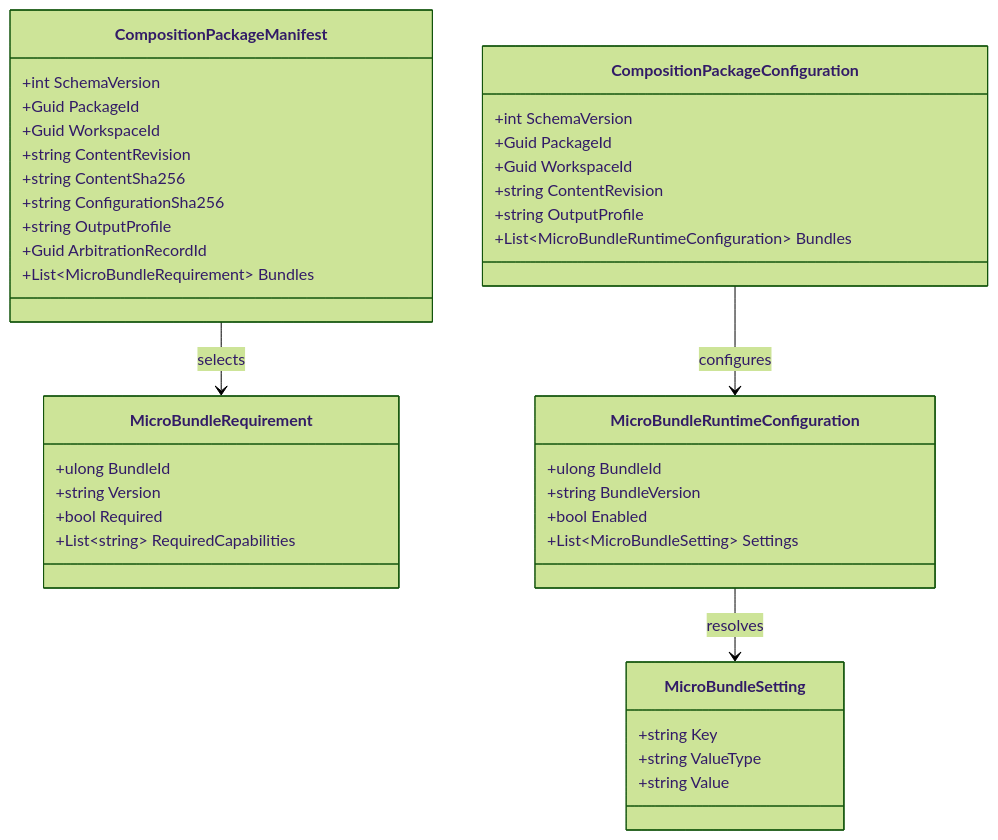
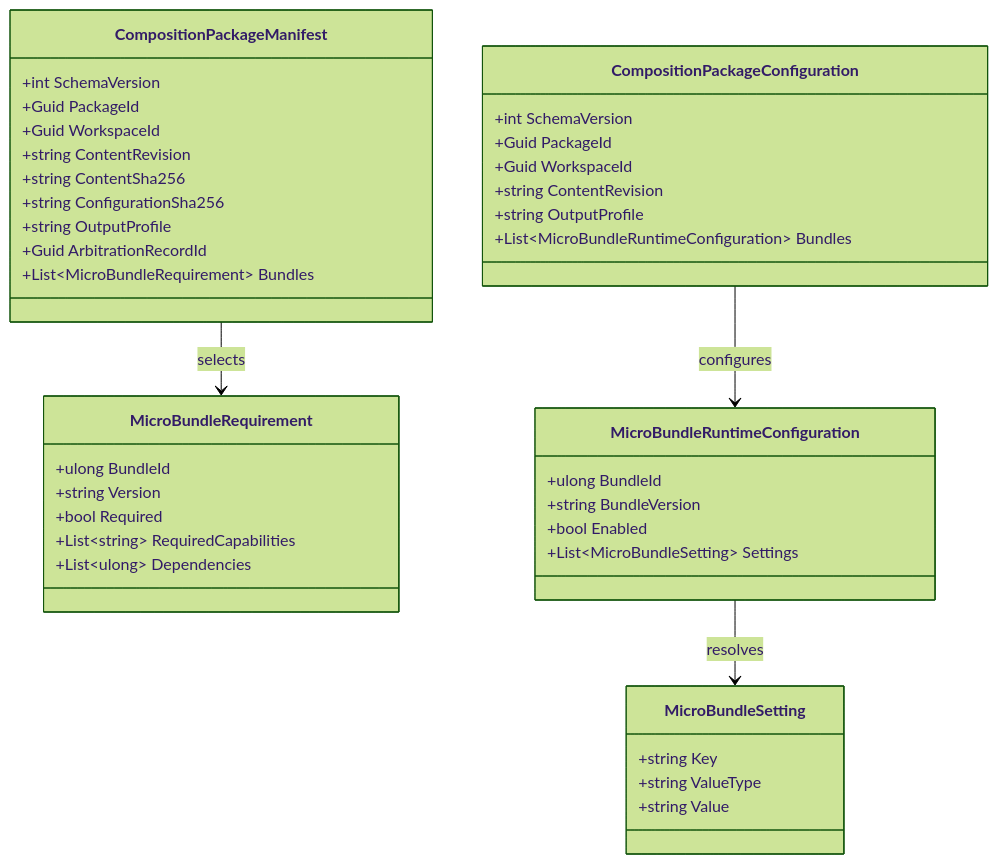
Before and after one commit to TrentBest/StoryBuilder: the diagram in docs/UML/CompositionPackageContractsUML.md, drawn with Mermaid (forest theme). The commit also changed 6 other files, not shown here.

````diff
--- a/docs/UML/CompositionPackageContractsUML.md
+++ b/docs/UML/CompositionPackageContractsUML.md
@@ -3,42 +3,43 @@
 ```mermaid
 classDiagram
     class CompositionPackageManifest {
         +int SchemaVersion
         +Guid PackageId
         +Guid WorkspaceId
         +string ContentRevision
         +string ContentSha256
         +string ConfigurationSha256
         +string OutputProfile
         +Guid ArbitrationRecordId
         +List~MicroBundleRequirement~ Bundles
     }
     class MicroBundleRequirement {
         +ulong BundleId
         +string Version
         +bool Required
         +List~string~ RequiredCapabilities
+        +List~ulong~ Dependencies
     }
     class CompositionPackageConfiguration {
         +int SchemaVersion
         +Guid PackageId
         +Guid WorkspaceId
         +string ContentRevision
         +string OutputProfile
         +List~MicroBundleRuntimeConfiguration~ Bundles
     }
     class MicroBundleRuntimeConfiguration {
         +ulong BundleId
         +string BundleVersion
         +bool Enabled
         +List~MicroBundleSetting~ Settings
     }
     class MicroBundleSetting {
         +string Key
         +string ValueType
         +string Value
     }
     CompositionPackageManifest --> MicroBundleRequirement : selects
     CompositionPackageConfiguration --> MicroBundleRuntimeConfiguration : configures
     MicroBundleRuntimeConfiguration --> MicroBundleSetting : resolves
 ```
````
